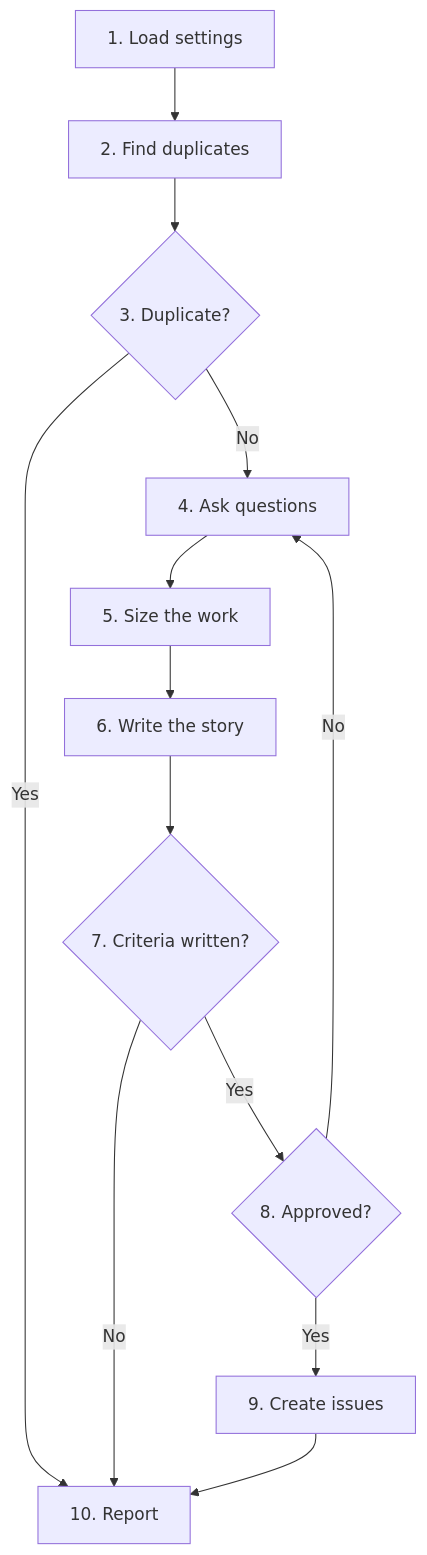
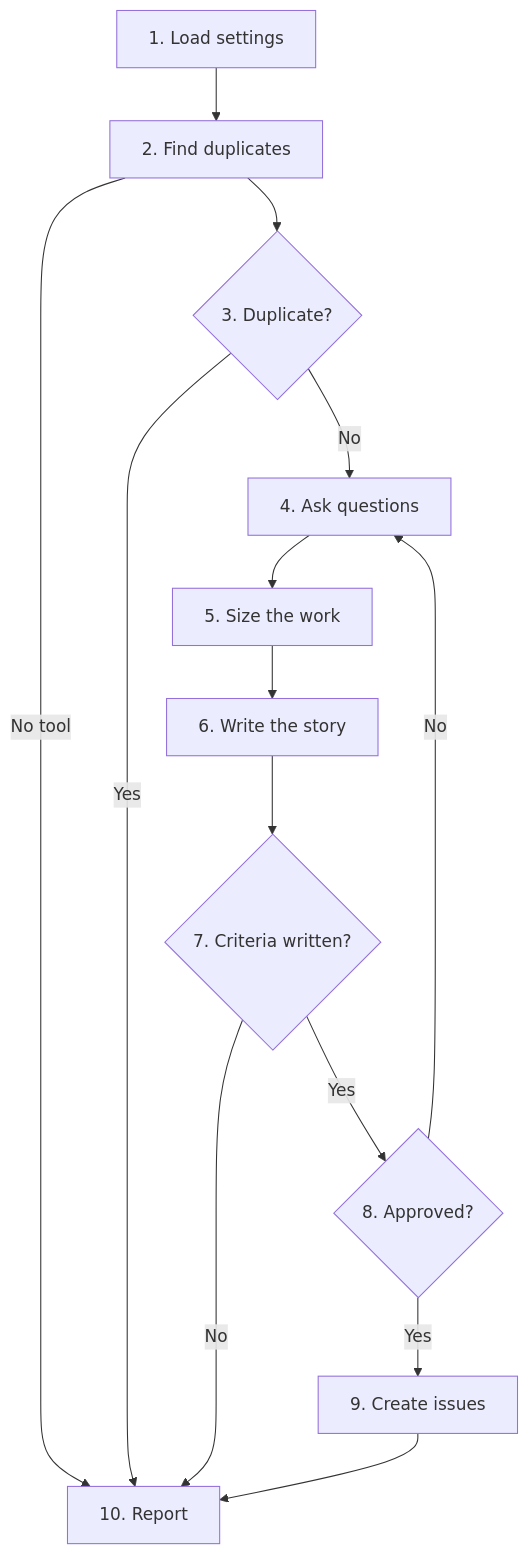
Before and after one commit to cultoftheai/skills: the diagram in skills/sdlc/frame/SKILL.md, drawn with Mermaid. The commit also changed other lines of this file and 3 other files, not shown here.

````diff
--- a/skills/sdlc/frame/SKILL.md
+++ b/skills/sdlc/frame/SKILL.md
@@ -19,26 +19,27 @@
 ```mermaid
 flowchart TD
     A[1. Load settings]
     B[2. Find duplicates]
     C{3. Duplicate?}
     D[4. Ask questions]
     E[5. Size the work]
     F[6. Write the story]
     G{7. Criteria written?}
     H{8. Approved?}
     I[9. Create issues]
     J[10. Report]
 
     A --> B
+    B -->|No tool| J
     B --> C
     C -->|Yes| J
     C -->|No| D
     D --> E
     E --> F
     F --> G
     G -->|No| J
     G -->|Yes| H
     H -->|No| D
     H -->|Yes| I
     I --> J
 ```
````
